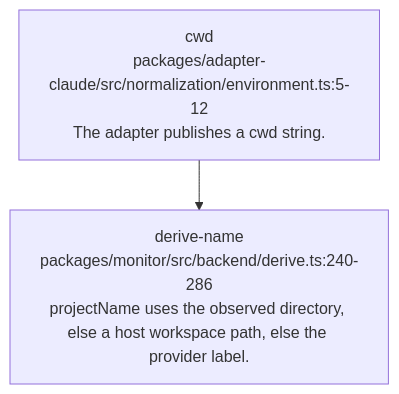
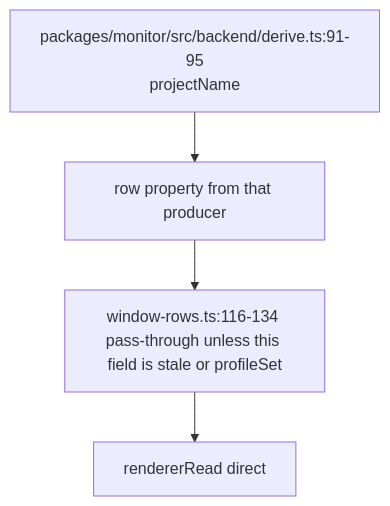
Before and after one commit to vibefield/puppeteer: the diagram in audit/godview/evidence/claude/project.mmd, drawn with Mermaid. The commit also changed 630 other files, not shown here.

First line of the commit message:
Record source scope and field-domain reachability for first-half rows.

```diff
--- a/audit/godview/evidence/claude/project.mmd
+++ b/audit/godview/evidence/claude/project.mmd
@@ -1,7 +1,9 @@
 %% field: field.project
-%% adapter: claude
-%% forensic: source-read 748d015a7e393112e0a91dad80111fdf5abe6583; not a live sample
+%% sourceScope: common-runtime
+%% staticPresence: always-on-row
+%% liveObserved: false
 flowchart TD
-  n0["cwd\npackages/adapter-claude/src/normalization/environment.ts:5-12\nThe adapter publishes a cwd string."]
-  n1["derive-name\npackages/monitor/src/backend/derive.ts:240-286\nprojectName uses the observed directory, else a host workspace path, else the provider label."]
-  n0 --> n1
+  producer["packages/monitor/src/backend/derive.ts:91-95\nprojectName"]
+  producer --> row["row property from that producer"]
+  row --> window["window-rows.ts:116-134 pass-through unless this field is stale or profileSet"]
+  window --> reader["rendererRead direct"]
```
